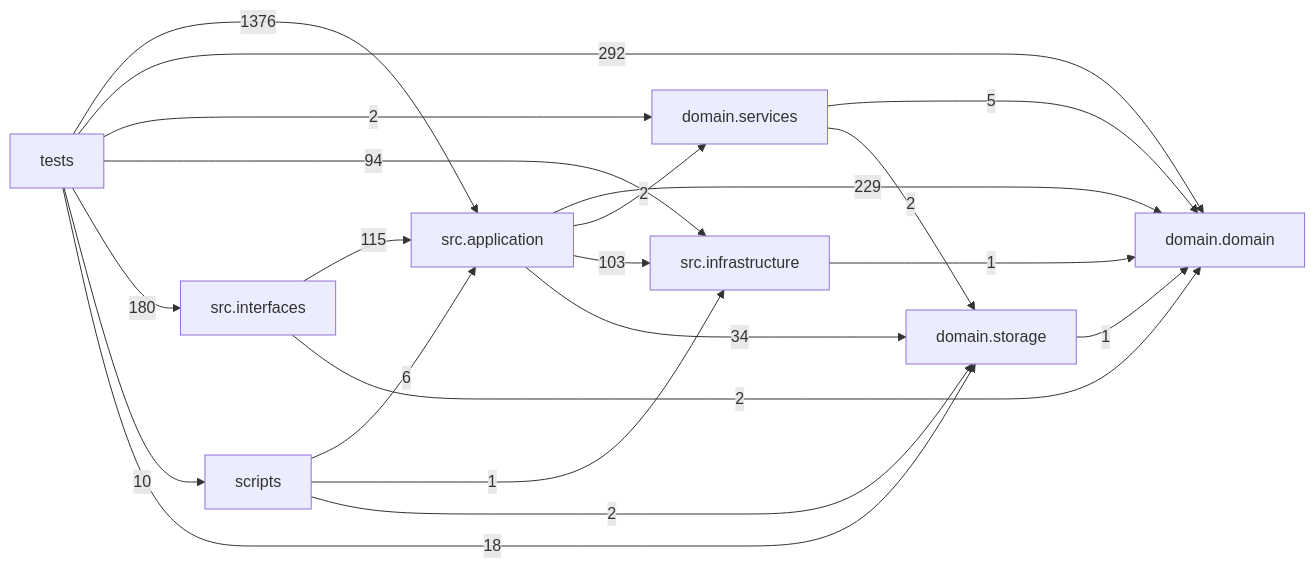
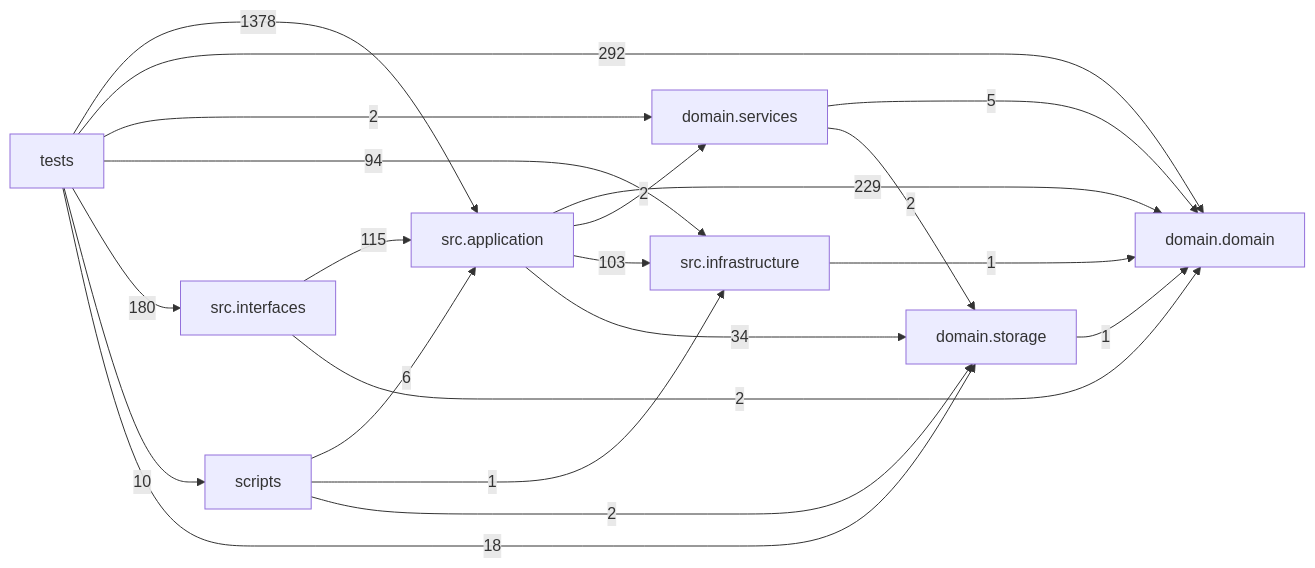
The diagram in docs/DEPENDENCY_GRAPH.md (liuxie066/options-monitor), drawn with Mermaid before and after one commit. The commit also changed other lines of this file and 19 other files, not shown here.

````diff
--- a/docs/DEPENDENCY_GRAPH.md
+++ b/docs/DEPENDENCY_GRAPH.md
@@ -24,31 +24,31 @@
 ```mermaid
 flowchart LR
   tests["tests"]
   scripts["scripts"]
   interfaces["src.interfaces"]
   application["src.application"]
   infrastructure["src.infrastructure"]
   domain_services["domain.services"]
   domain["domain.domain"]
   storage["domain.storage"]
   application -->|229| domain
   application -->|2| domain_services
   application -->|103| infrastructure
   application -->|34| storage
   domain_services -->|5| domain
   domain_services -->|2| storage
   infrastructure -->|1| domain
   interfaces -->|115| application
   interfaces -->|2| domain
   scripts -->|6| application
   scripts -->|1| infrastructure
   scripts -->|2| storage
   storage -->|1| domain
-  tests -->|1376| application
+  tests -->|1378| application
   tests -->|292| domain
   tests -->|2| domain_services
   tests -->|94| infrastructure
   tests -->|180| interfaces
   tests -->|10| scripts
   tests -->|18| storage
 ```
````
